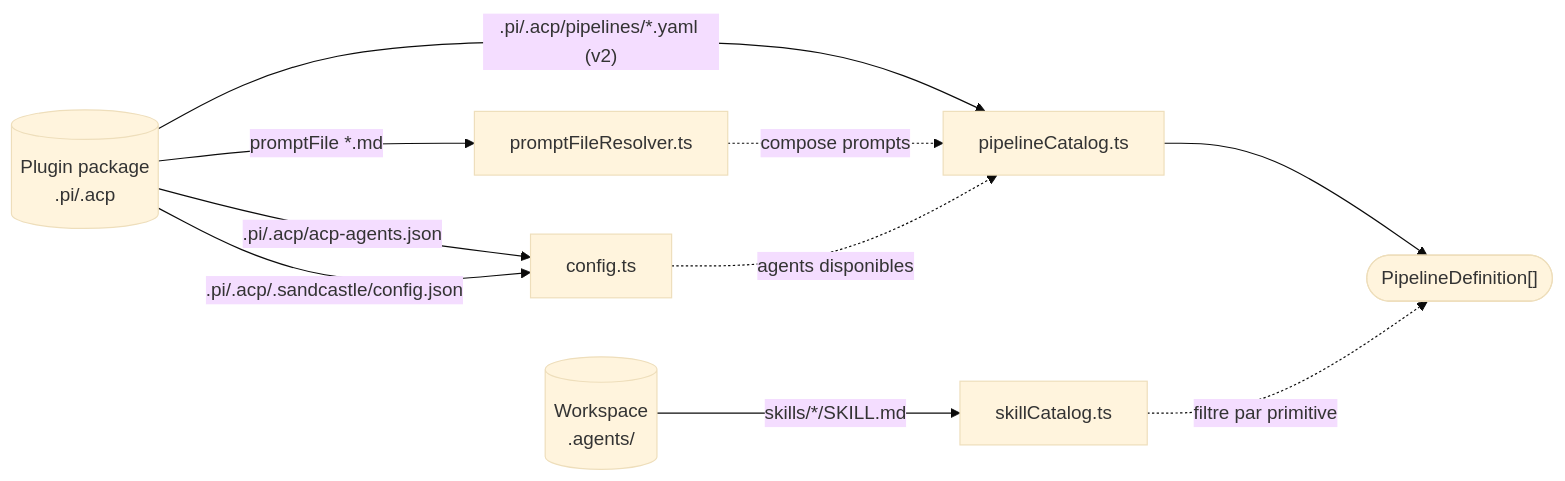
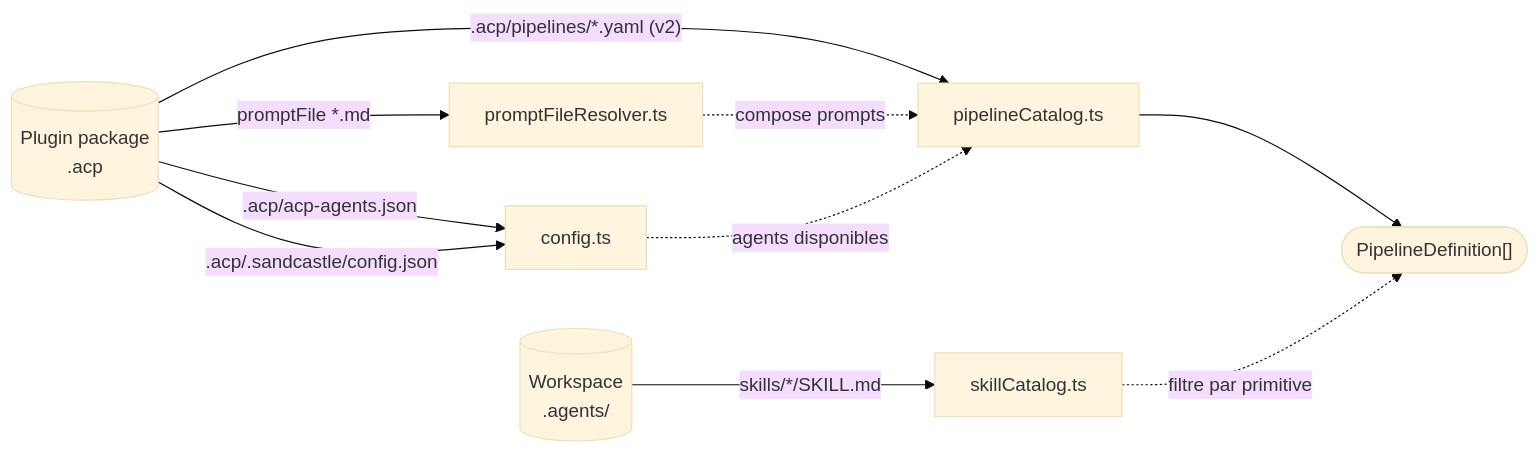
One commit to maurice30120/vscode-acp changed the second of 4 diagrams in plugin-pi/docs/architecture.md. Above: the diagram before and after it, drawn with Mermaid (base theme). The commit also changed other lines of this file and 90 other files, not shown here.

````diff
--- a/plugin-pi/docs/architecture.md
+++ b/plugin-pi/docs/architecture.md
@@ -162,21 +162,21 @@
 ```mermaid
 flowchart LR
-  Plugin[("Plugin package<br/>.pi/.acp")]
+  Plugin[("Plugin package<br/>.acp")]
   Disk[("Workspace<br/>.agents/")]
   Cfg["config.ts"]
   Pipes["pipelineCatalog.ts"]
   PromptFiles["promptFileResolver.ts"]
   Skills["skillCatalog.ts"]
   Defs(["PipelineDefinition[]"])
 
-  Plugin -->|".pi/.acp/acp-agents.json"| Cfg
-  Plugin -->|".pi/.acp/.sandcastle/config.json"| Cfg
-  Plugin -->|".pi/.acp/pipelines/*.yaml (v2)"| Pipes
+  Plugin -->|".acp/acp-agents.json"| Cfg
+  Plugin -->|".acp/.sandcastle/config.json"| Cfg
+  Plugin -->|".acp/pipelines/*.yaml (v2)"| Pipes
   Plugin -->|"promptFile *.md"| PromptFiles
   Disk -->|"skills/*/SKILL.md"| Skills
 
   Pipes --> Defs
   PromptFiles -.->|"compose prompts"| Pipes
   Cfg -.->|"agents disponibles"| Pipes
   Skills -.->|"filtre par primitive"| Defs
 ```
````
